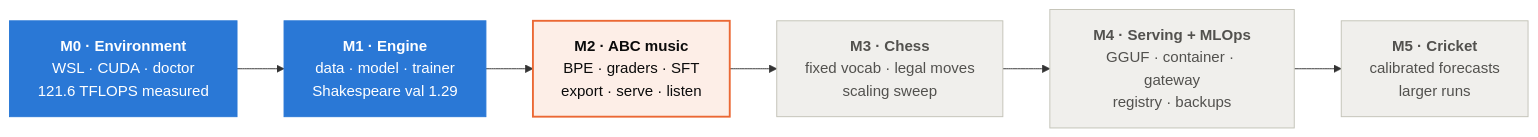
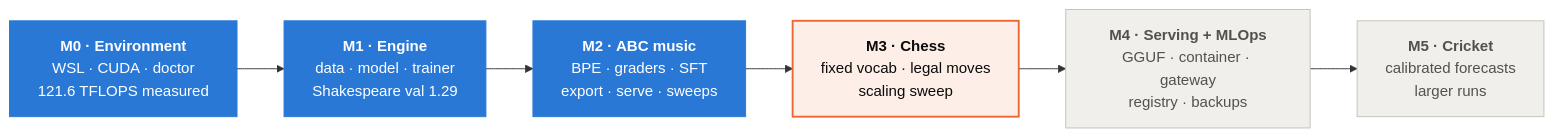
The fifth of 6 diagrams in docs/LIFECYCLE.md (m87techlabs/slmkit), drawn with Mermaid before and after one commit. The commit also changed 4 other files, not shown here.

````diff
--- a/docs/LIFECYCLE.md
+++ b/docs/LIFECYCLE.md
@@ -209,13 +209,13 @@
 ```mermaid
 flowchart LR
     M0["<b>M0 · Environment</b><br/>WSL · CUDA · doctor<br/>121.6 TFLOPS measured"]:::done
     M1["<b>M1 · Engine</b><br/>data · model · trainer<br/>Shakespeare val 1.29"]:::done
-    M2["<b>M2 · ABC music</b><br/>BPE · graders · SFT<br/>export · serve · listen"]:::next
-    M3["<b>M3 · Chess</b><br/>fixed vocab · legal moves<br/>scaling sweep"]:::future
+    M2["<b>M2 · ABC music</b><br/>BPE · graders · SFT<br/>export · serve · sweeps"]:::done
+    M3["<b>M3 · Chess</b><br/>fixed vocab · legal moves<br/>scaling sweep"]:::next
     M4["<b>M4 · Serving + MLOps</b><br/>GGUF · container · gateway<br/>registry · backups"]:::future
     M5["<b>M5 · Cricket</b><br/>calibrated forecasts<br/>larger runs"]:::future
     M0 --> M1 --> M2 --> M3 --> M4 --> M5
     classDef done fill:#2a78d6,color:#ffffff,stroke:#2a78d6
     classDef next fill:#fdeee7,color:#0b0b0b,stroke:#eb6834,stroke-width:2px
     classDef future fill:#f0efec,color:#52514e,stroke:#c3c2b7
 ```
````
